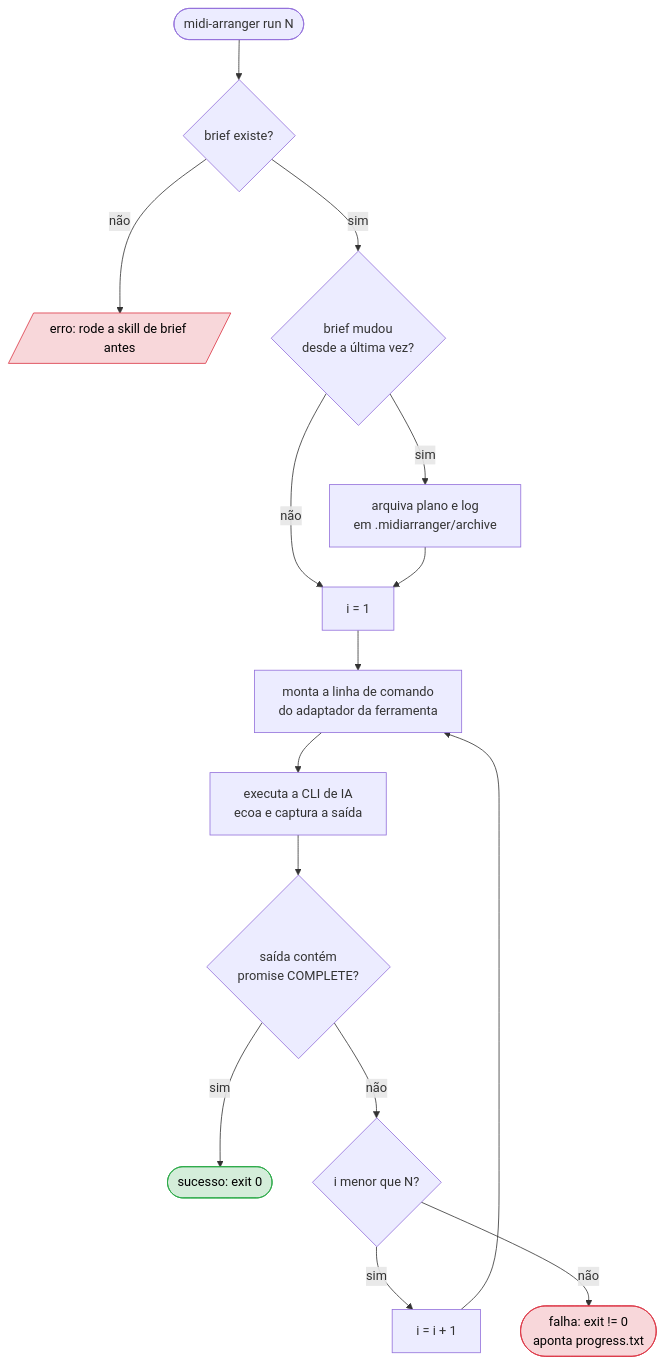
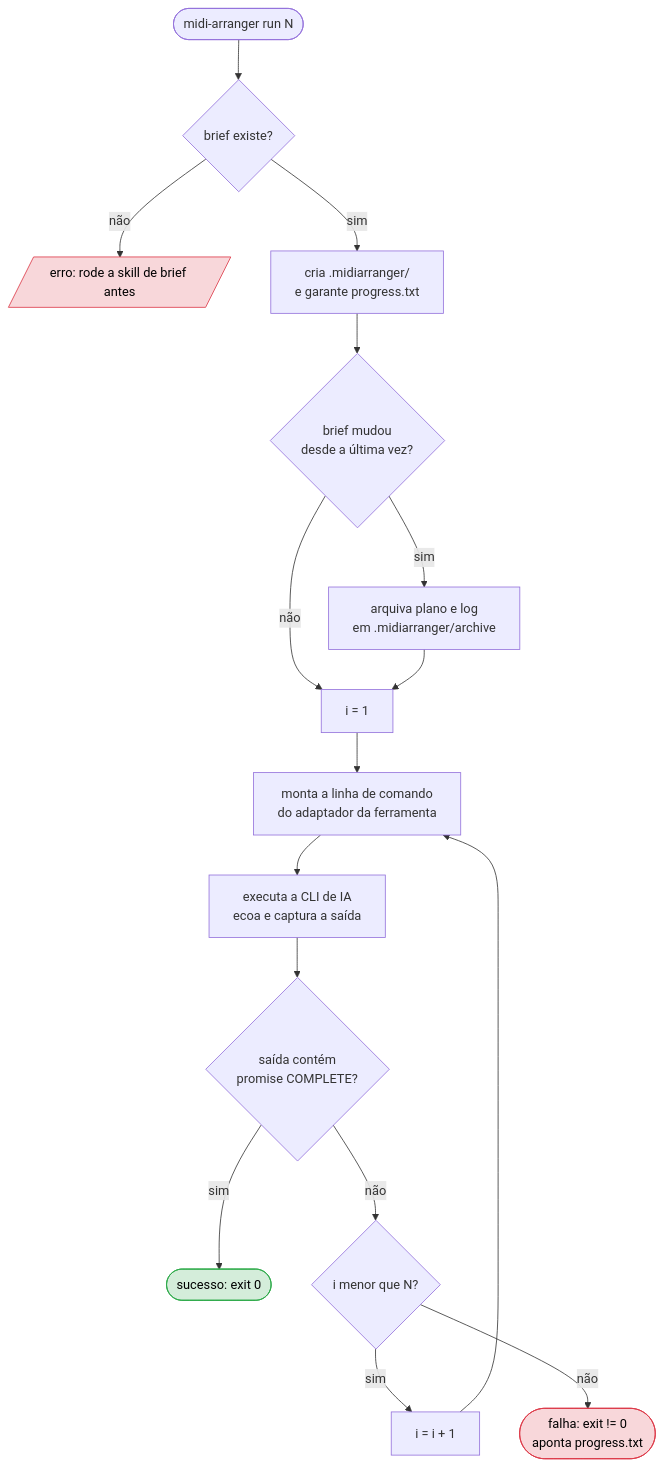
One commit to OvictorVieira/midi.arranger.cli changed the second of 5 diagrams in docs/fluxo-harness.md. Above: the diagram before and after it, drawn with Mermaid. The commit also changed other lines of this file and 3 other files, not shown here.

````diff
--- a/docs/fluxo-harness.md
+++ b/docs/fluxo-harness.md
@@ -40,21 +40,22 @@
 ```mermaid
 flowchart TD
     Start([midi-arranger run N]) --> Check{brief existe?}
     Check -->|não| Die[/erro: rode a skill de brief antes/]
-    Check -->|sim| Arch{brief mudou<br/>desde a última vez?}
+    Check -->|sim| State[cria .midiarranger/<br/>e garante progress.txt]
+    State --> Arch{brief mudou<br/>desde a última vez?}
     Arch -->|sim| Archive[arquiva plano e log<br/>em .midiarranger/archive]
     Arch -->|não| Loop
     Archive --> Loop
 
     Loop[i = 1] --> Invoke[monta a linha de comando<br/>do adaptador da ferramenta]
     Invoke --> Run[executa a CLI de IA<br/>ecoa e captura a saída]
     Run --> Sentinel{saída contém<br/>promise COMPLETE?}
     Sentinel -->|sim| Done([sucesso: exit 0])
     Sentinel -->|não| Next{i menor que N?}
     Next -->|sim| Inc[i = i + 1] --> Invoke
     Next -->|não| Fail([falha: exit != 0<br/>aponta progress.txt])
 
     style Done fill:#d4edda,stroke:#28a745,color:#000
     style Fail fill:#f8d7da,stroke:#dc3545,color:#000
     style Die fill:#f8d7da,stroke:#dc3545,color:#000
 ```
````
